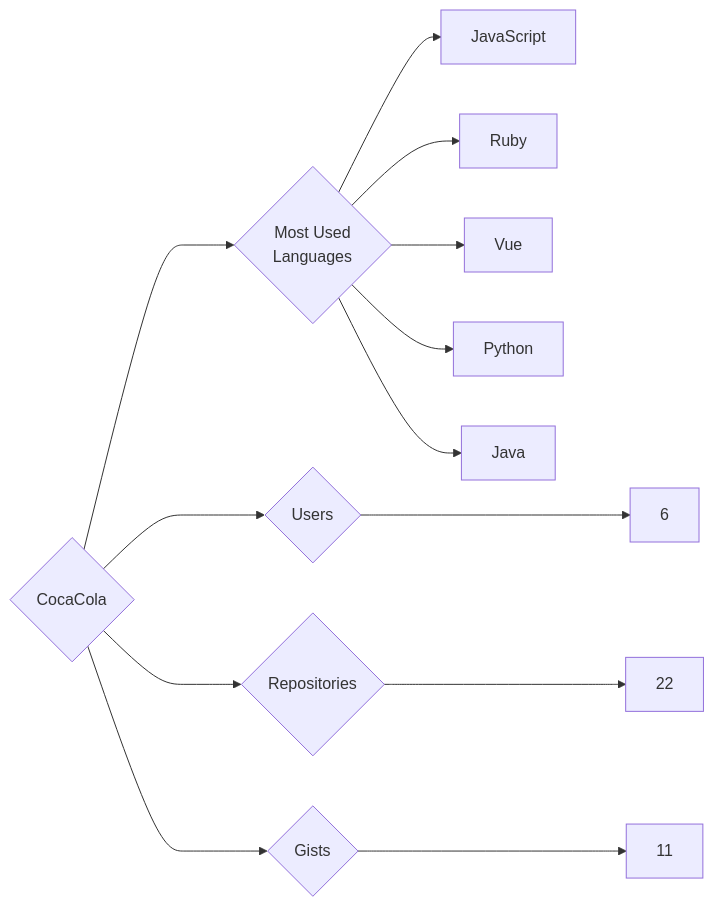
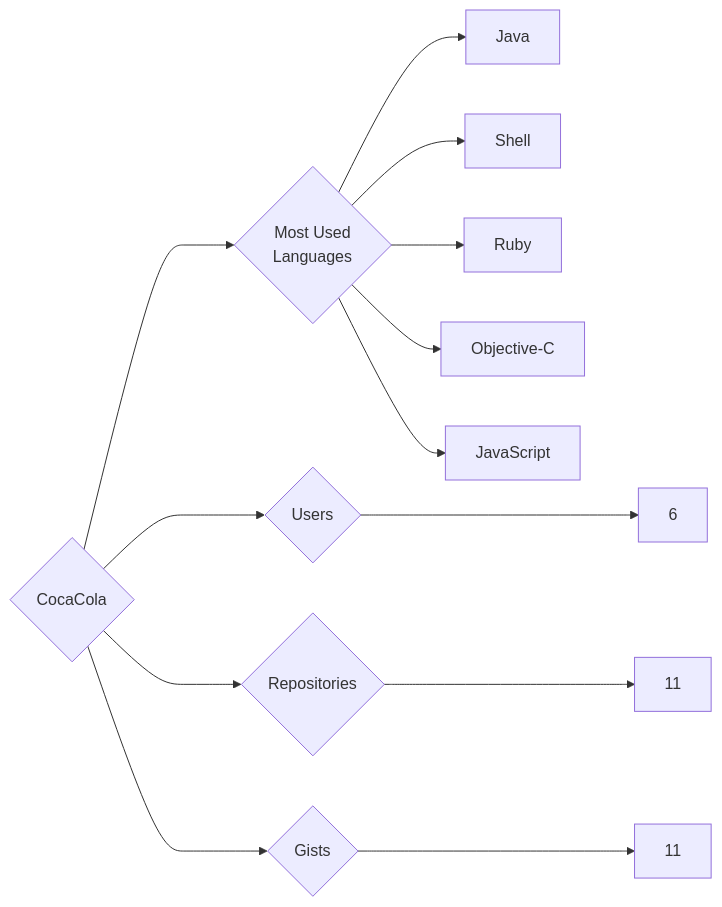
The diagram in targets/CocaCola/README.md (trickest/insiders), drawn with Mermaid before and after one commit. The commit also changed 1084 other files, not shown here.

````diff
--- a/targets/CocaCola/README.md
+++ b/targets/CocaCola/README.md
@@ -3,13 +3,13 @@
 ```mermaid
 graph LR
 COMPANY_NAME{CocaCola}
 COMPANY_NAME ---> U{Users} ---> UN[6]
-COMPANY_NAME ---> R{Repositories} ---> RN[22]
+COMPANY_NAME ---> R{Repositories} ---> RN[11]
 COMPANY_NAME ---> G{Gists} ---> GN[11]
 COMPANY_NAME ---> ML{Most Used<br>Languages}
+ML --> Java[Java]
+ML --> Shell[Shell]
+ML --> Ruby[Ruby]
+ML --> Objective-C[Objective-C]
 ML --> JavaScript[JavaScript]
-ML --> Ruby[Ruby]
-ML --> Vue[Vue]
-ML --> Python[Python]
-ML --> Java[Java]
 ```
````
